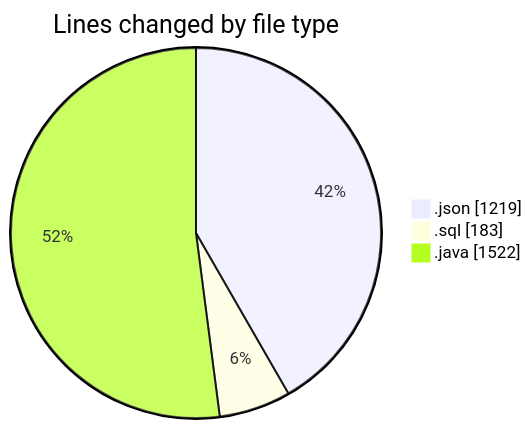
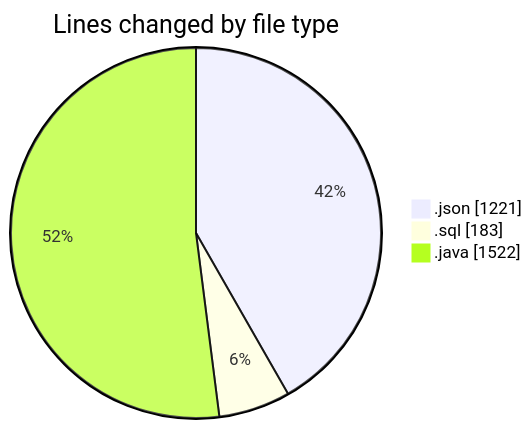
Before and after one commit to ricardozamudiocil/code-tracking: the first of 2 diagrams in 2026-06-16/cilapp/README.md, drawn with Mermaid. The commit also changed other lines of this file and 1 other file, not shown here.

````diff
--- a/2026-06-16/cilapp/README.md
+++ b/2026-06-16/cilapp/README.md
@@ -25,7 +25,7 @@
 ```mermaid
 pie showData
 title Lines changed by file type
-".json" : 1219
+".json" : 1221
 ".sql" : 183
 ".java" : 1522
 ```
````
